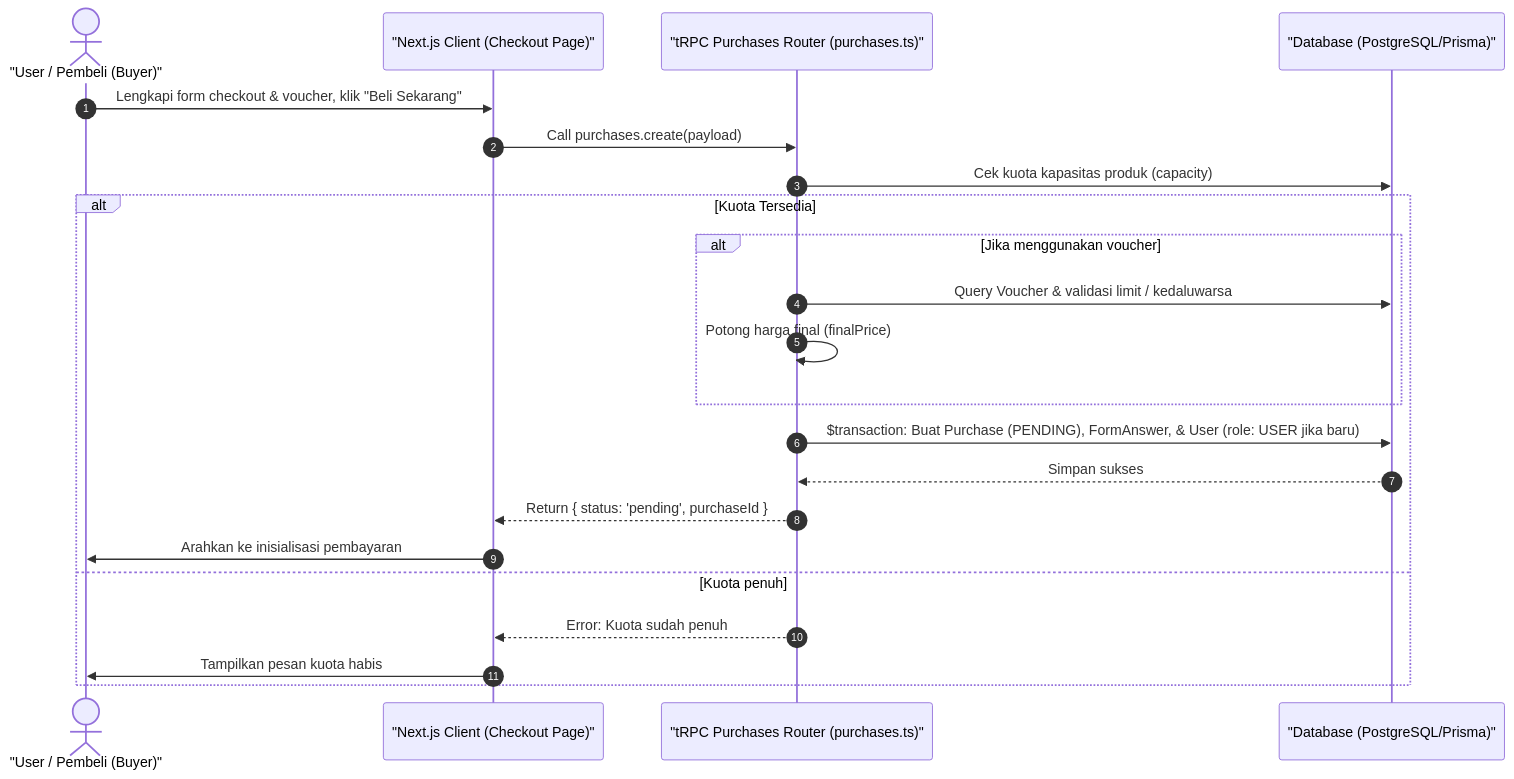
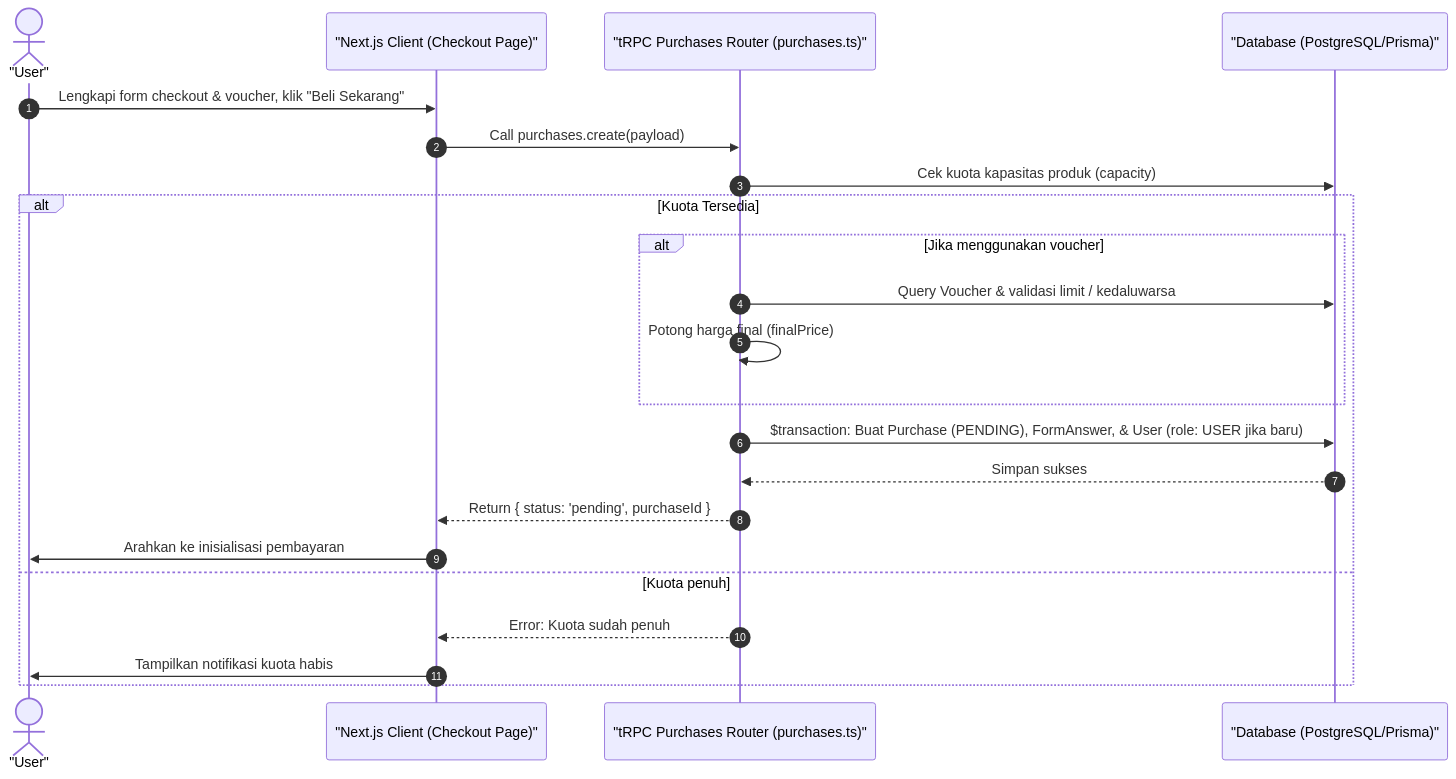
The diagram in docs/46-buyer-checkout.md (luputer/CuanIN), drawn with Mermaid before and after one commit. The commit also changed other lines of this file and 53 other files, not shown here.

````diff
--- a/docs/46-buyer-checkout.md
+++ b/docs/46-buyer-checkout.md
@@ -5,26 +5,26 @@
 ```mermaid
 sequenceDiagram
     autonumber
-    actor Buyer as "User / Pembeli (Buyer)"
+    actor User as "User"
     participant Client as "Next.js Client (Checkout Page)"
     participant Server as "tRPC Purchases Router (purchases.ts)"
     participant DB as "Database (PostgreSQL/Prisma)"
 
-    Buyer->>Client: Lengkapi form checkout & voucher, klik "Beli Sekarang"
+    User->>Client: Lengkapi form checkout & voucher, klik "Beli Sekarang"
     Client->>Server: Call purchases.create(payload)
     Server->>DB: Cek kuota kapasitas produk (capacity)
     alt Kuota Tersedia
         alt Jika menggunakan voucher
             Server->>DB: Query Voucher & validasi limit / kedaluwarsa
             Server->>Server: Potong harga final (finalPrice)
         end
         Server->>DB: $transaction: Buat Purchase (PENDING), FormAnswer, & User (role: USER jika baru)
         DB-->>Server: Simpan sukses
         Server-->>Client: Return { status: 'pending', purchaseId }
-        Client->>Buyer: Arahkan ke inisialisasi pembayaran
+        Client->>User: Arahkan ke inisialisasi pembayaran
     else Kuota penuh
         Server-->>Client: Error: Kuota sudah penuh
-        Client->>Buyer: Tampilkan pesan kuota habis
+        Client->>User: Tampilkan notifikasi kuota habis
     end
 
 ```
````
